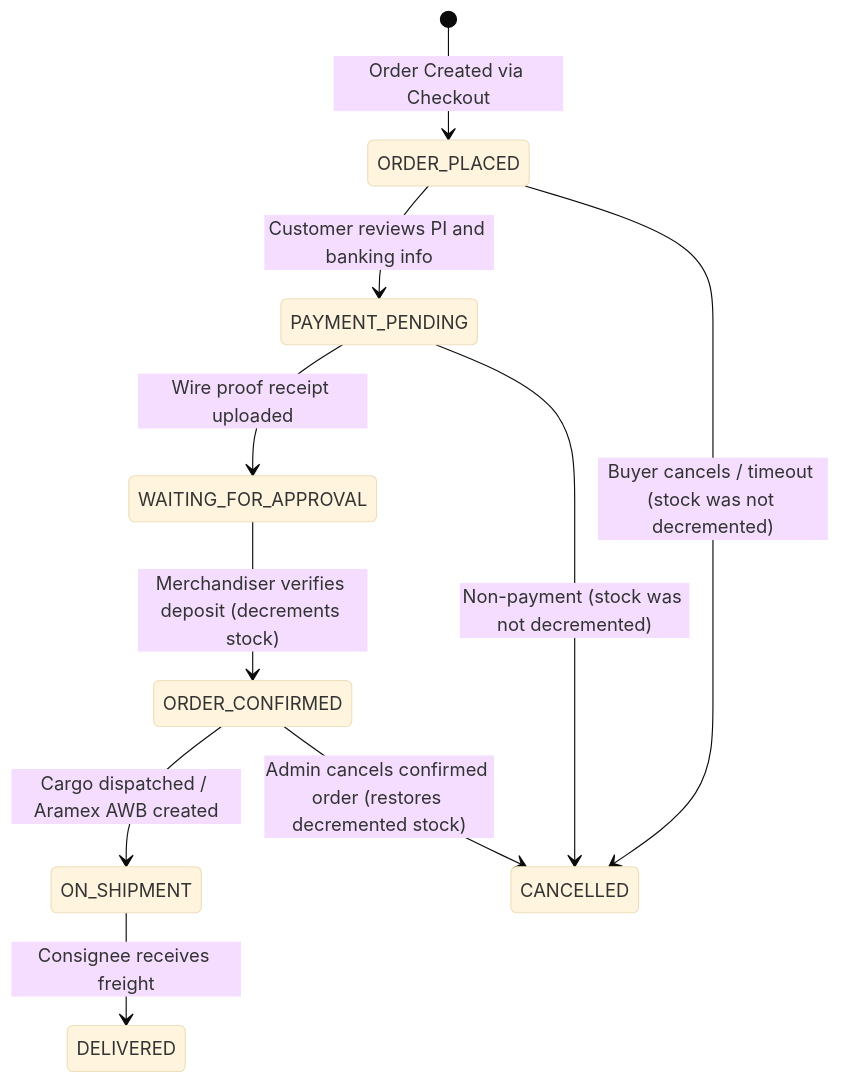
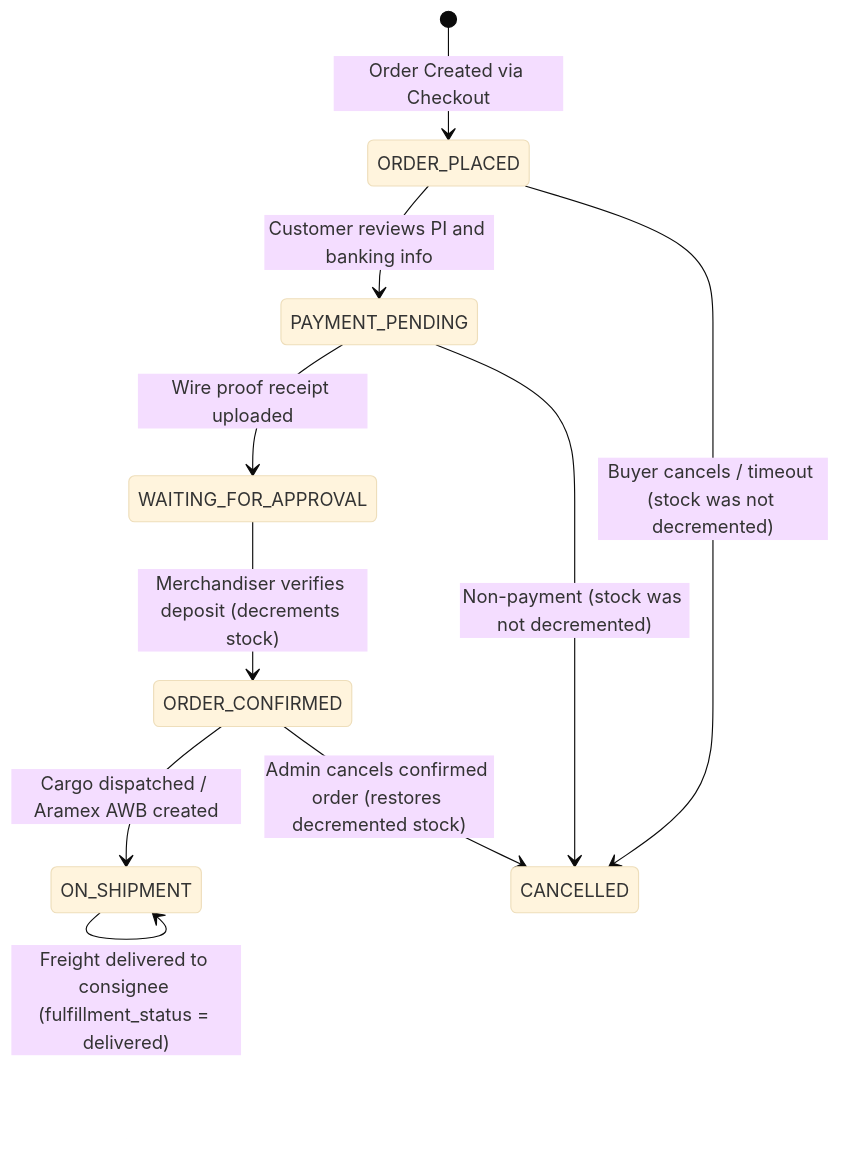
The second of 2 diagrams in docs/ORDERS_AND_CHECKOUT.md (labib-0/AYC), drawn with Mermaid (base theme) before and after one commit. The commit also changed other lines of this file and 19 other files, not shown here.

````diff
--- a/docs/ORDERS_AND_CHECKOUT.md
+++ b/docs/ORDERS_AND_CHECKOUT.md
@@ -70,12 +70,12 @@
 ```mermaid
 stateDiagram-v2
     [*] --> ORDER_PLACED: Order Created via Checkout
     ORDER_PLACED --> PAYMENT_PENDING: Customer reviews PI and banking info
     PAYMENT_PENDING --> WAITING_FOR_APPROVAL: Wire proof receipt uploaded
     WAITING_FOR_APPROVAL --> ORDER_CONFIRMED: Merchandiser verifies deposit (decrements stock)
     ORDER_CONFIRMED --> ON_SHIPMENT: Cargo dispatched / Aramex AWB created
-    ON_SHIPMENT --> DELIVERED: Consignee receives freight
+    ON_SHIPMENT --> ON_SHIPMENT: Freight delivered to consignee (fulfillment_status = delivered)
     ORDER_PLACED --> CANCELLED: Buyer cancels / timeout (stock was not decremented)
     PAYMENT_PENDING --> CANCELLED: Non-payment (stock was not decremented)
     ORDER_CONFIRMED --> CANCELLED: Admin cancels confirmed order (restores decremented stock)
 ```
````
